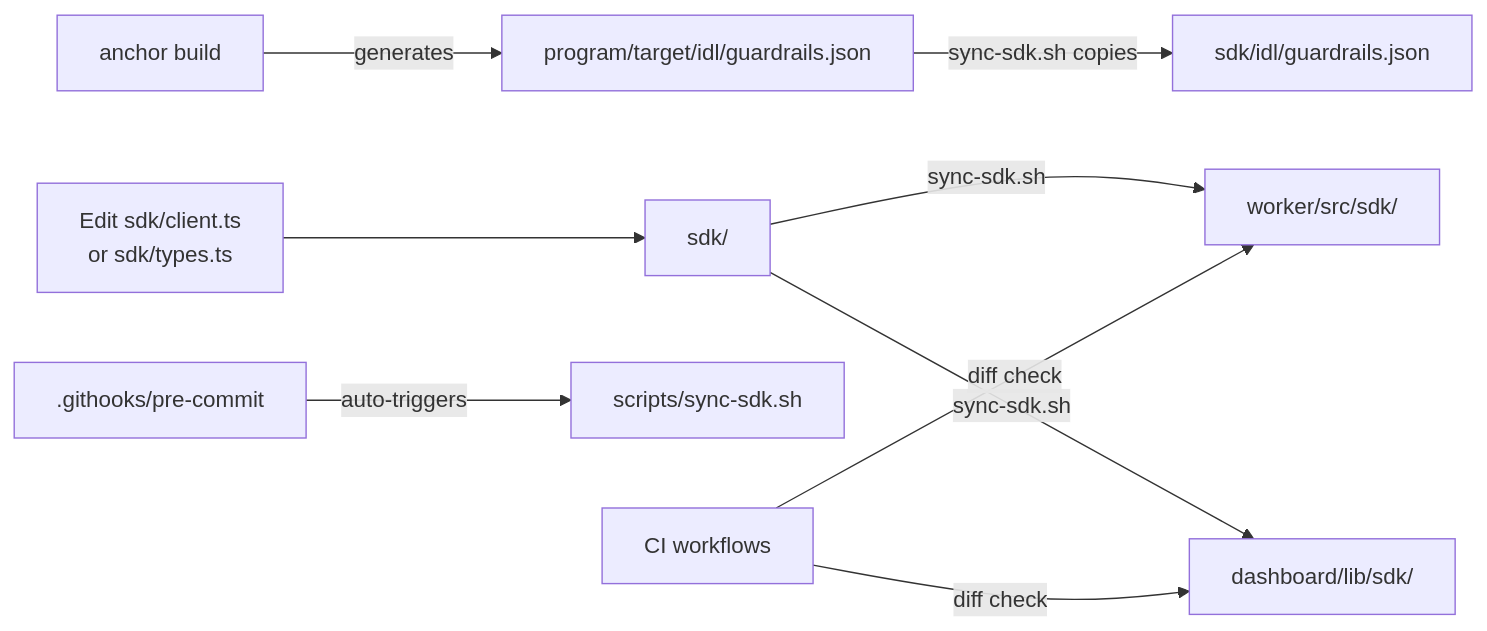
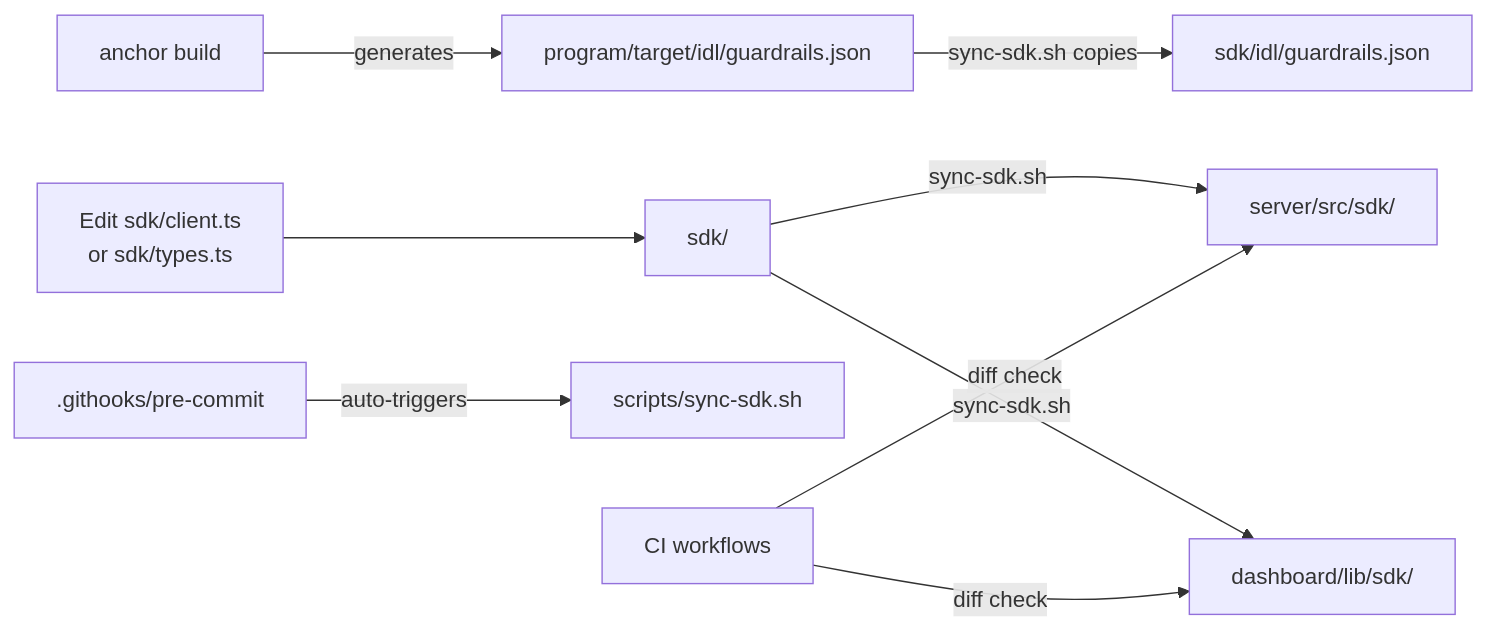
Before and after one commit to iamasx/agent-guardrails: the fourth of 4 diagrams in docs/architecture.md, drawn with Mermaid. The commit also changed other lines of this file and 4 other files, not shown here.

First line of the commit message:
docs: update all docs to reflect Neon/Prisma + server architecture

````diff
--- a/docs/architecture.md
+++ b/docs/architecture.md
@@ -89,13 +136,13 @@
 ```mermaid
 graph LR
     AB[anchor build] -->|generates| IDL[program/target/idl/guardrails.json]
     IDL -->|sync-sdk.sh copies| SDK[sdk/idl/guardrails.json]
     EDIT[Edit sdk/client.ts<br/>or sdk/types.ts] --> SDK_DIR[sdk/]
 
-    SDK_DIR -->|sync-sdk.sh| W[worker/src/sdk/]
+    SDK_DIR -->|sync-sdk.sh| S[server/src/sdk/]
     SDK_DIR -->|sync-sdk.sh| D[dashboard/lib/sdk/]
 
     HOOK[.githooks/pre-commit] -->|auto-triggers| SYNC[scripts/sync-sdk.sh]
-    CI[CI workflows] -->|diff check| W
+    CI[CI workflows] -->|diff check| S
     CI -->|diff check| D
 ```
````
